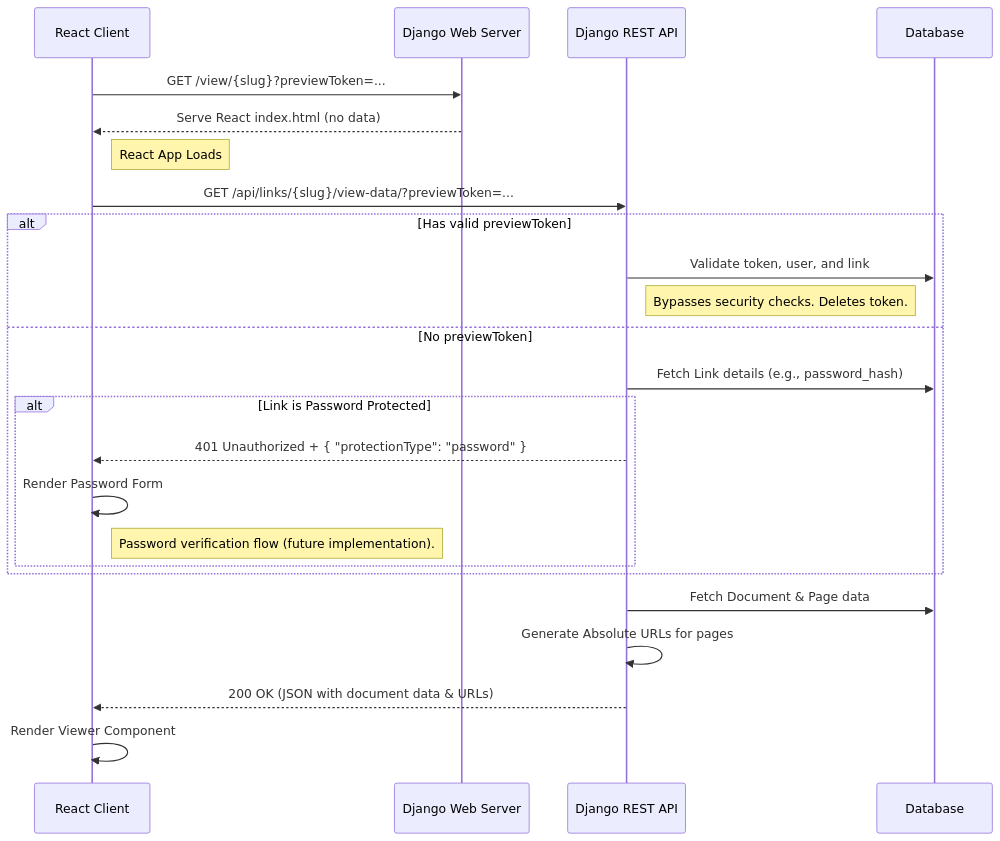
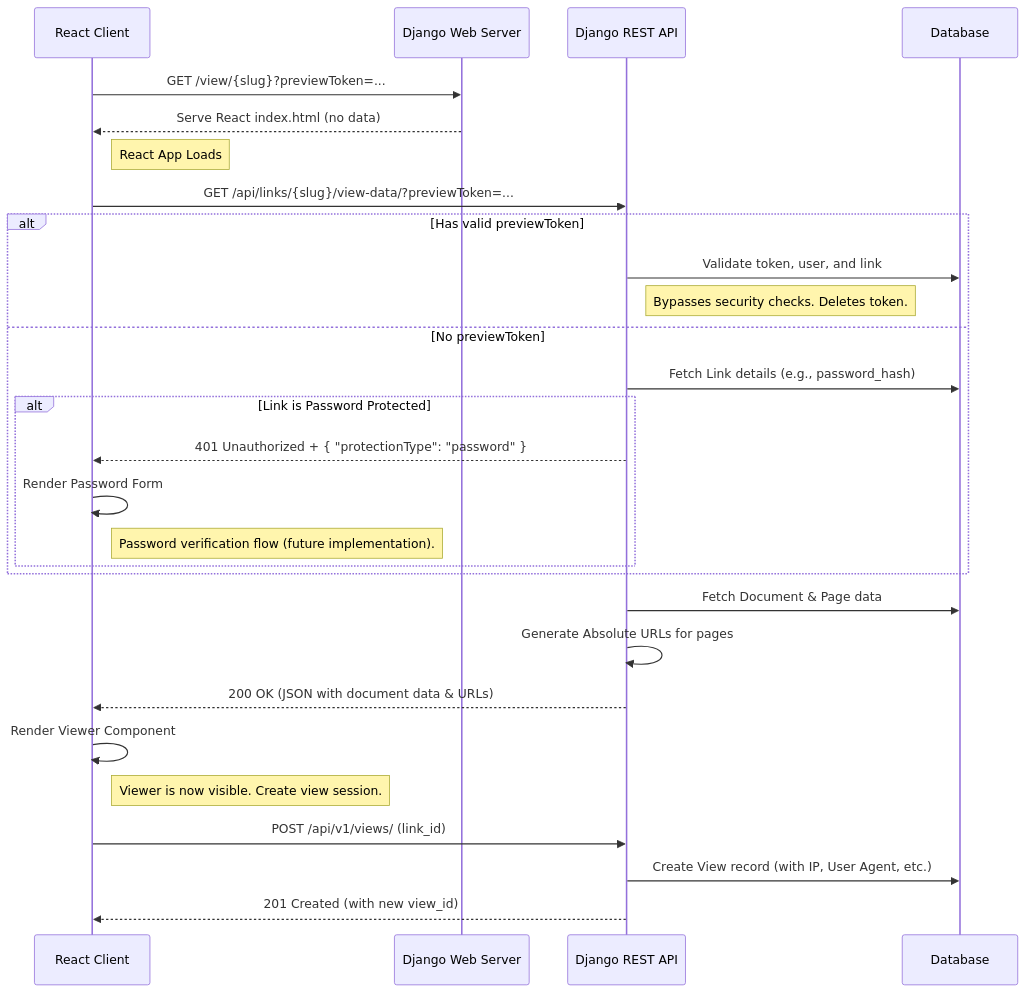
Before and after one commit to coneshare/coneshare: the diagram in docs/coneshare-share-link-view-logic.md, drawn with Mermaid. The commit also changed other lines of this file, not shown here.

Commit message:
docs: Add view and viewer logic to coneshare-share-link-view-logic

````diff
--- a/docs/coneshare-share-link-view-logic.md
+++ b/docs/coneshare-share-link-view-logic.md
@@ -15,31 +15,36 @@
 ```mermaid
 sequenceDiagram
     participant Client as React Client
     participant Django as Django Web Server
     participant API as Django REST API
     participant DB as Database
 
     Client->>Django: GET /view/{slug}?previewToken=...
     Django-->>Client: Serve React index.html (no data)
 
     Note right of Client: React App Loads
 
     Client->>API: GET /api/links/{slug}/view-data/?previewToken=...
     
     alt Has valid previewToken
         API->>DB: Validate token, user, and link
         Note right of API: Bypasses security checks. Deletes token.
     else No previewToken
         API->>DB: Fetch Link details (e.g., password_hash)
         alt Link is Password Protected
             API-->>Client: 401 Unauthorized + { "protectionType": "password" }
             Client->>Client: Render Password Form
             Note right of Client: Password verification flow (future implementation).
         end
     end
 
     API->>DB: Fetch Document & Page data
     API->>API: Generate Absolute URLs for pages
     API-->>Client: 200 OK (JSON with document data & URLs)
     Client->>Client: Render Viewer Component
+    
+    Note right of Client: Viewer is now visible. Create view session.
+    Client->>API: POST /api/v1/views/ (link_id)
+    API->>DB: Create View record (with IP, User Agent, etc.)
+    API-->>Client: 201 Created (with new view_id)
 ```
````
